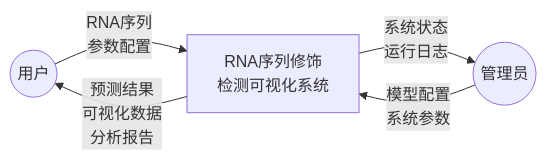
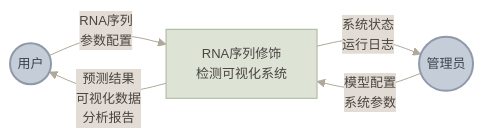
The fourth of 19 diagrams in md/RMA序列修饰检测可视化系统架构说明文档.md (fdiskdc/RGCNFormer_WebAndWx_backend), drawn with Mermaid before and after one commit. The commit also changed other lines of this file, not shown here.

````diff
--- a/md/RMA序列修饰检测可视化系统架构说明文档.md
+++ b/md/RMA序列修饰检测可视化系统架构说明文档.md
@@ -500,7 +405,11 @@
 ```mermaid
+%%{init: {'theme': 'base', 'themeVariables': {'primaryColor': '#EDE7E0', 'primaryTextColor': '#4A4440', 'primaryBorderColor': '#C4BAA8', 'lineColor': '#B0A898', 'secondaryColor': '#E2DCD4', 'background': '#F8F5F0', 'fontSize': '13px'}}}%%
 graph LR
-    User((用户)) -->|RNA序列<br/>参数配置| System[RNA序列修饰<br/>检测可视化系统]
+    classDef actor fill:#C5CDD8,stroke:#8E9AAA,stroke-width:2px,color:#3D4550
+    classDef system fill:#DDE4D6,stroke:#A8B49A,stroke-width:1px,color:#4A4440
+
+    User((用户)):::actor -->|RNA序列<br/>参数配置| System[RNA序列修饰<br/>检测可视化系统]:::system
     System -->|预测结果<br/>可视化数据<br/>分析报告| User
-    Admin((管理员)) -->|模型配置<br/>系统参数| System
+    Admin((管理员)):::actor -->|模型配置<br/>系统参数| System
     System -->|系统状态<br/>运行日志| Admin
 ```
````
